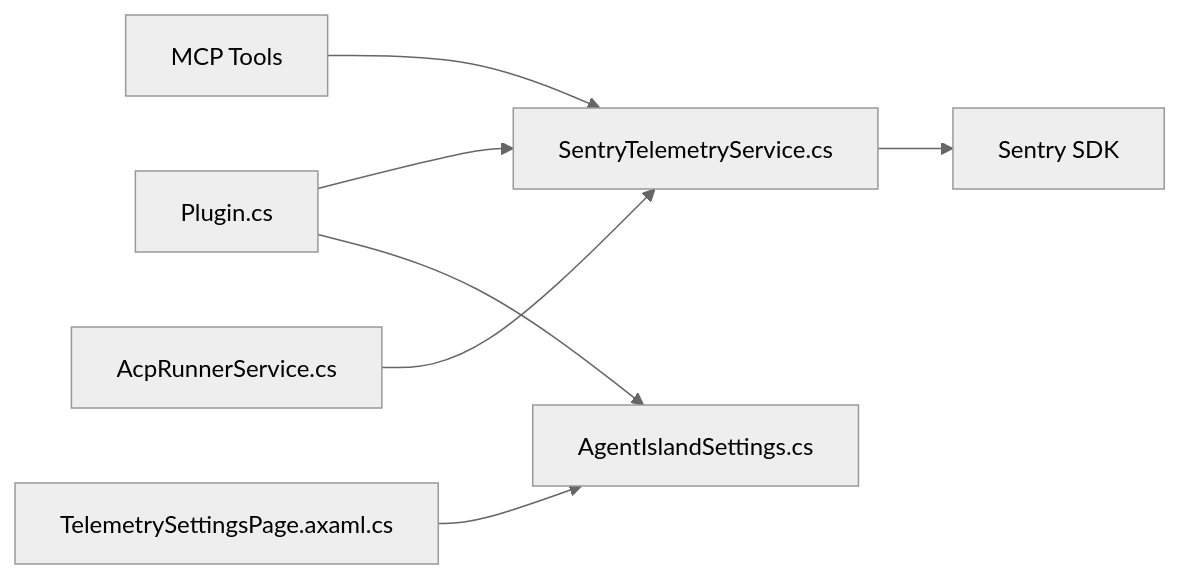
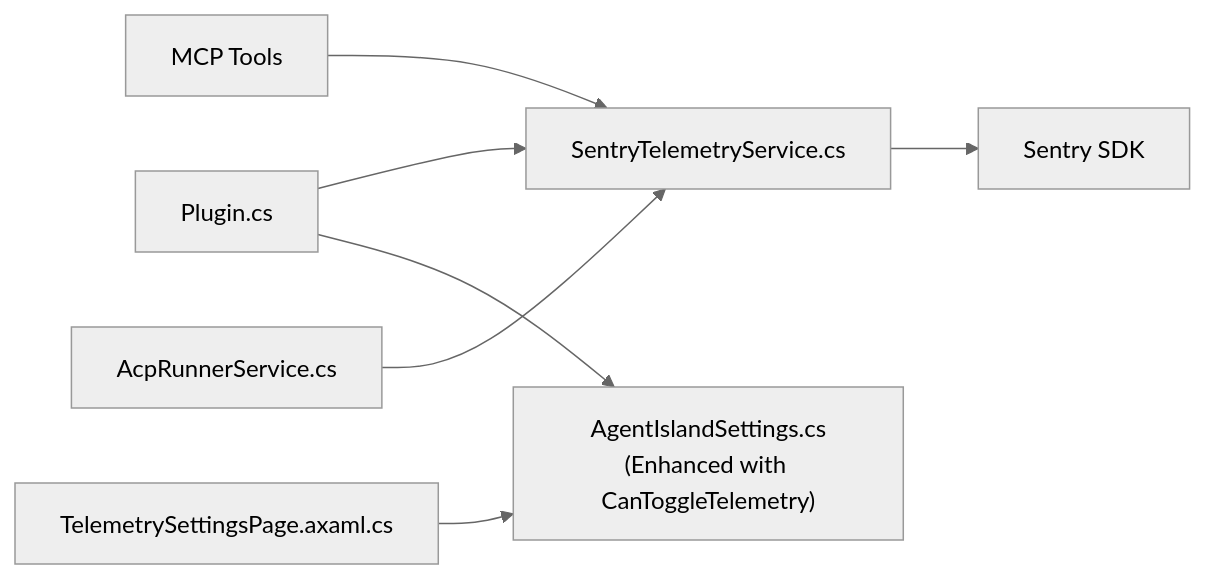
Before and after one commit to ShihaoShenDev/AgentIsland: the fifth of 5 diagrams in .qoder/repowiki/en/content/Telemetry and Monitoring.md, drawn with Mermaid (neutral theme). The commit also changed other lines of this file and 54 other files, not shown here.

Commit message:
docs: restructure repowiki docs, add overview/settings pages, refresh telemetry docs and build scripts

````diff
--- a/.qoder/repowiki/en/content/Telemetry and Monitoring.md
+++ b/.qoder/repowiki/en/content/Telemetry and Monitoring.md
@@ -283,9 +309,9 @@
 ```mermaid
 graph LR
 Plugin["Plugin.cs"] --> Telemetry["SentryTelemetryService.cs"]
-Plugin --> Settings["AgentIslandSettings.cs"]
+Plugin --> Settings["AgentIslandSettings.cs<br/>(Enhanced with CanToggleTelemetry)"]
 Telemetry --> Sentry["Sentry SDK"]
 Tools["MCP Tools"] --> Telemetry
 Services["AcpRunnerService.cs"] --> Telemetry
 SettingsUI["TelemetrySettingsPage.axaml.cs"] --> Settings
 ```
````
